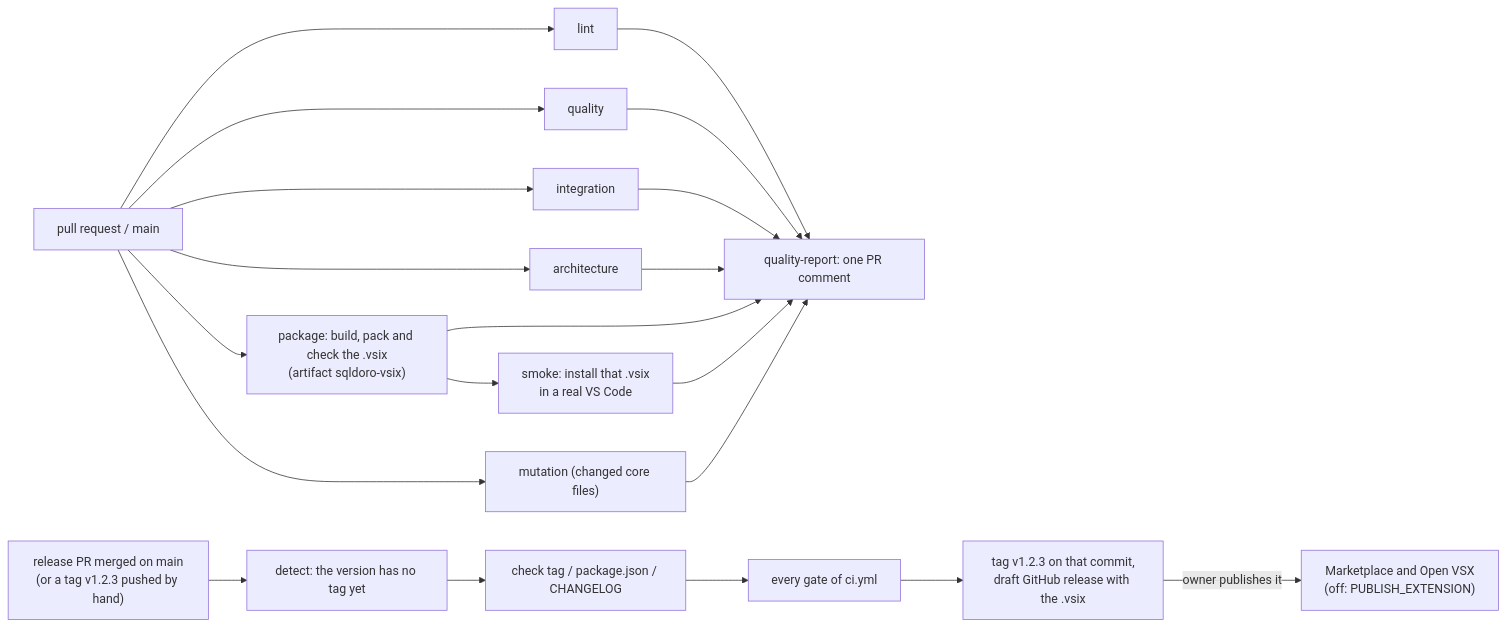
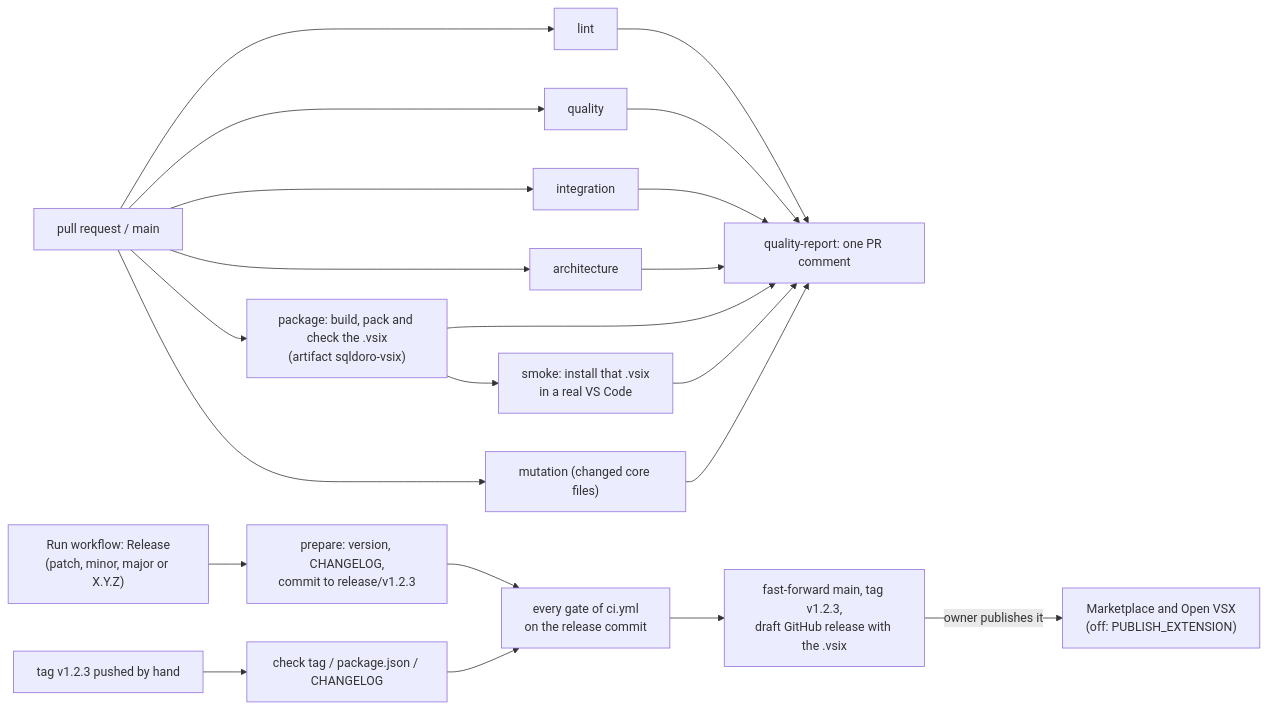
Before and after one commit to mathmed/sqldoro: the fifth of 5 diagrams in docs/ARCHITECTURE.md, drawn with Mermaid. The commit also changed 23 other files, not shown here.

First line of the commit message:
ci: release from a manually run workflow that commits, gates, lands and tags

````diff
--- a/docs/ARCHITECTURE.md
+++ b/docs/ARCHITECTURE.md
@@ -223,9 +223,10 @@
 ```mermaid
 flowchart LR
   pr["pull request / main"] --> lint & quality & integration & architecture & package
   package["package: build, pack and check the .vsix<br/>(artifact sqldoro-vsix)"] --> smoke["smoke: install that .vsix<br/>in a real VS Code"]
   pr --> mutation["mutation (changed core files)"]
   lint & quality & integration & architecture & package & smoke & mutation --> report["quality-report: one PR comment"]
-  merge["release PR merged on main<br/>(or a tag v1.2.3 pushed by hand)"] --> detect["detect: the version has no tag yet"] --> check["check tag / package.json / CHANGELOG"] --> gates["every gate of ci.yml"] --> draft["tag v1.2.3 on that commit,<br/>draft GitHub release with the .vsix"]
+  run["Run workflow: Release<br/>(patch, minor, major or X.Y.Z)"] --> prepare["prepare: version, CHANGELOG,<br/>commit to release/v1.2.3"] --> gates["every gate of ci.yml<br/>on the release commit"] --> draft["fast-forward main, tag v1.2.3,<br/>draft GitHub release with the .vsix"]
+  tag["tag v1.2.3 pushed by hand"] --> check["check tag / package.json / CHANGELOG"] --> gates
   draft -->|"owner publishes it"| publish["Marketplace and Open VSX<br/>(off: PUBLISH_EXTENSION)"]
 ```
````
